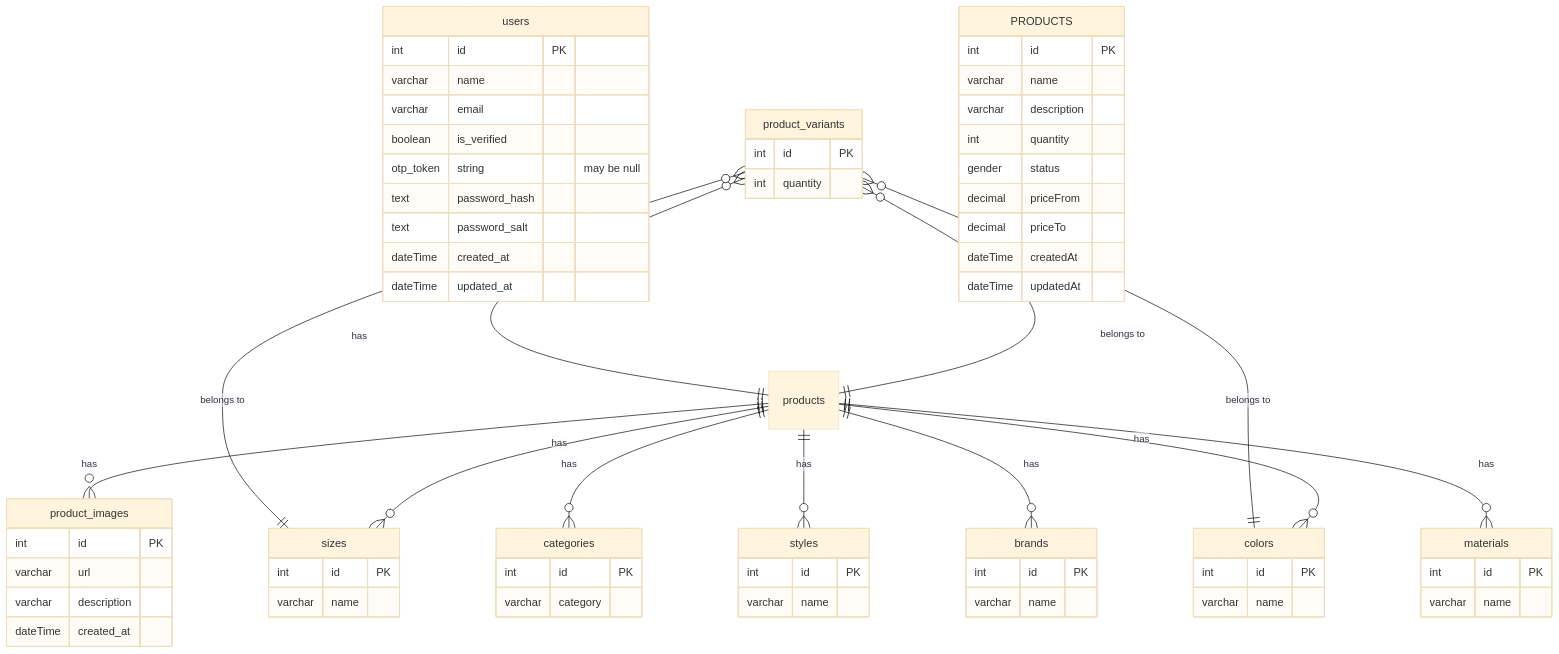
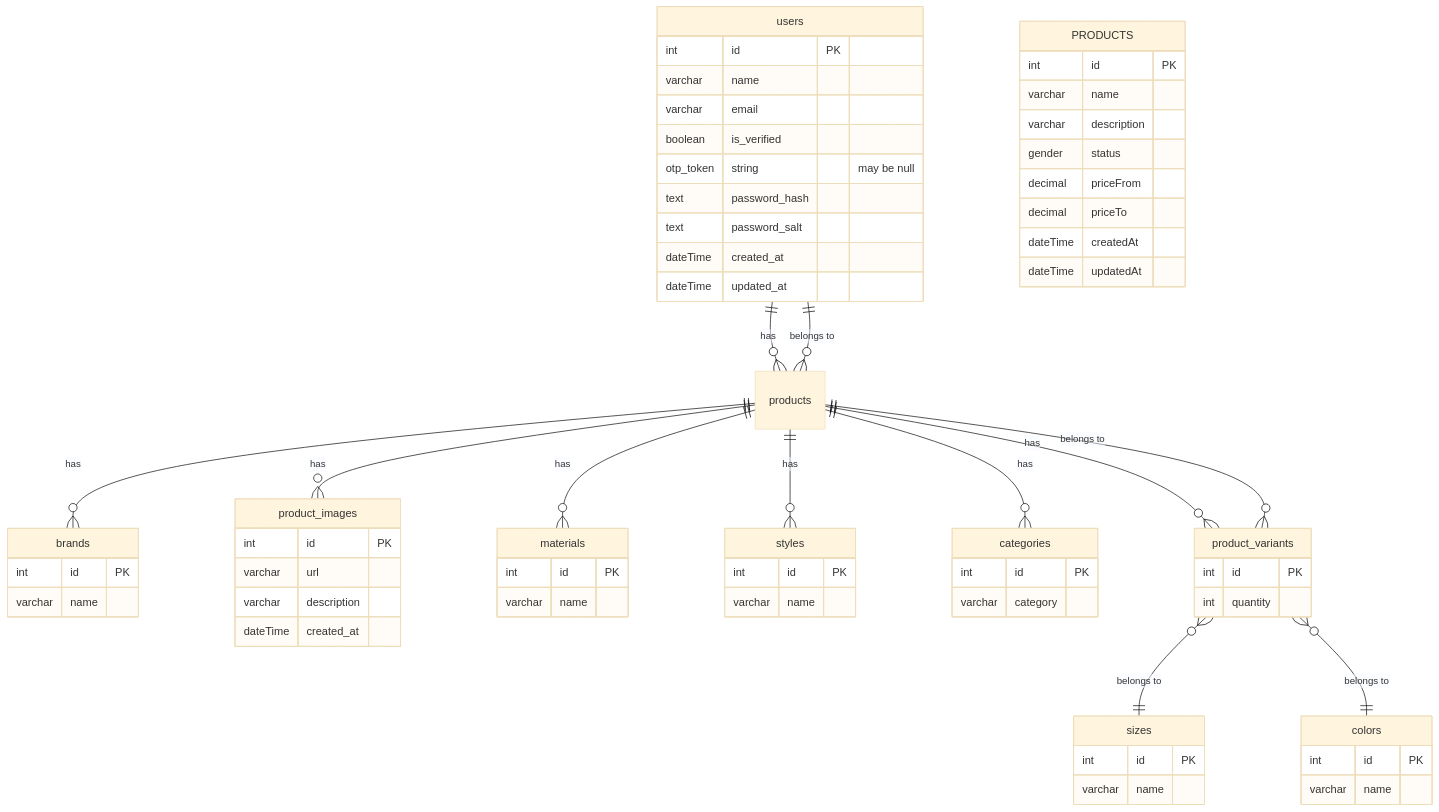
Before and after one commit to ZenBit-Tech/sunny-bunnies_be: the diagram in README.md, drawn with Mermaid (base theme). The commit also changed 5 other files, not shown here.

Commit message:
feat: changes in db schema

```diff
--- a/README.md
+++ b/README.md
@@ -100,7 +100,6 @@
     int id PK
     varchar name
     varchar description
-    int quantity
     gender 
     status 
     decimal priceFrom
@@ -109,14 +108,15 @@
     dateTime updatedAt
   }
 
- products ||--o{ product_images : "has"
-  products ||--o{ sizes : "has"
+  products ||--o{ product_images : "has"
   products ||--o{ categories : "has"
-  products ||--o{ colors : "has"
   products ||--o{ styles : "has"
   products ||--o{ brands : "has"
   products ||--o{ materials : "has"
   products ||--o{ product_variants : "has"
+  products }o--|| users : "belongs to"
+
+  users ||--o{ products : "has"
 
   product_variants }o--|| products : "belongs to"
   product_variants }o--|| sizes : "belongs to"
```
